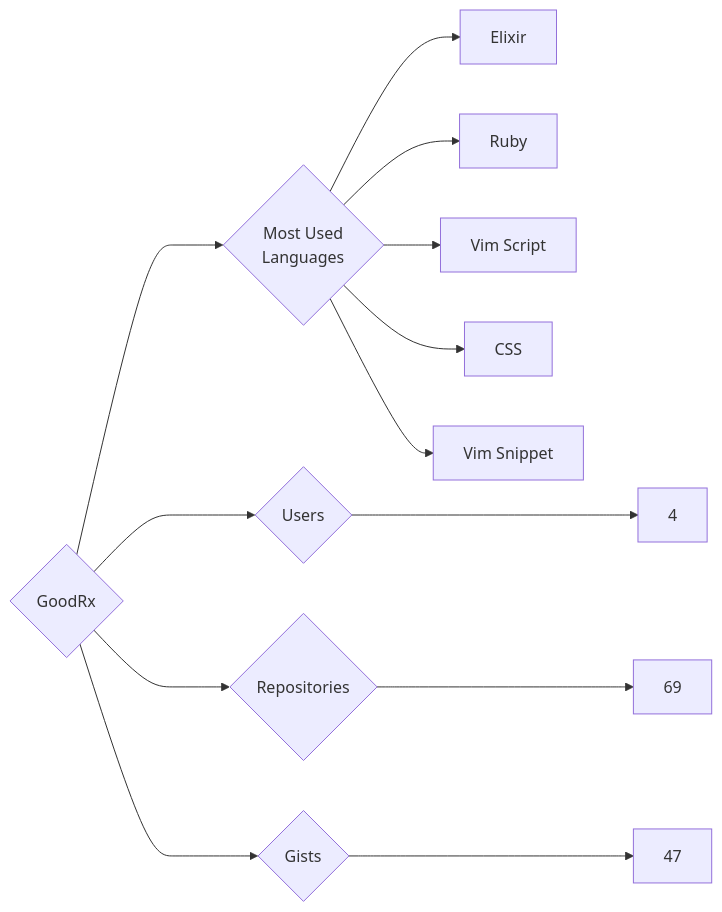
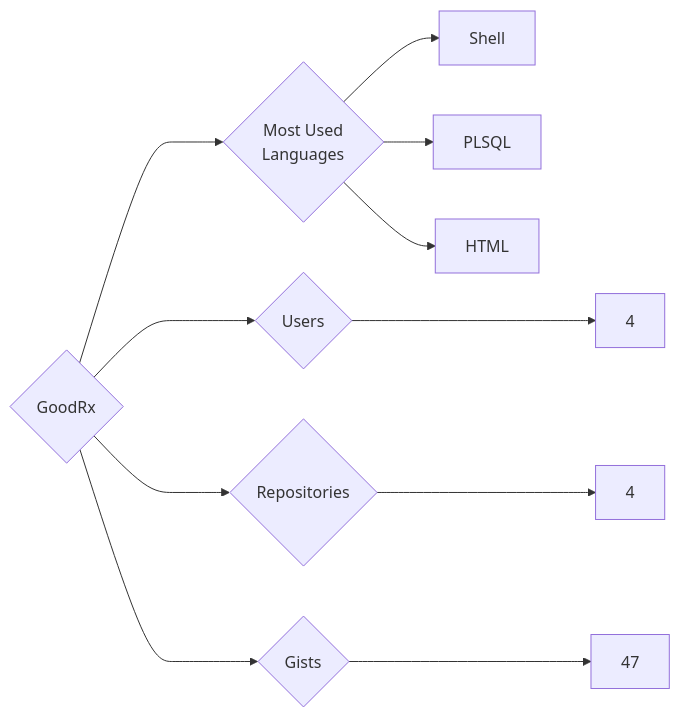
The diagram in targets/GoodRx/README.md (trickest/insiders), drawn with Mermaid before and after one commit. The commit also changed 776 other files, not shown here.

````diff
--- a/targets/GoodRx/README.md
+++ b/targets/GoodRx/README.md
@@ -3,13 +3,11 @@
 ```mermaid
 graph LR
 COMPANY_NAME{GoodRx}
 COMPANY_NAME ---> U{Users} ---> UN[4]
-COMPANY_NAME ---> R{Repositories} ---> RN[69]
+COMPANY_NAME ---> R{Repositories} ---> RN[4]
 COMPANY_NAME ---> G{Gists} ---> GN[47]
 COMPANY_NAME ---> ML{Most Used<br>Languages}
-ML --> Elixir[Elixir]
-ML --> Ruby[Ruby]
-ML --> Vim_Script[Vim Script]
-ML --> CSS[CSS]
-ML --> Vim_Snippet[Vim Snippet]
+ML --> Shell[Shell]
+ML --> PLSQL[PLSQL]
+ML --> HTML[HTML]
 ```
````
